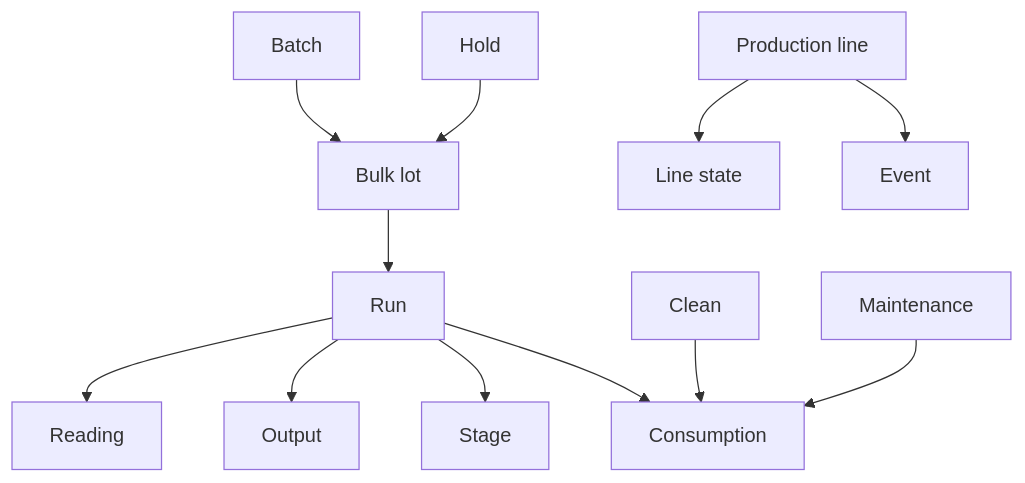
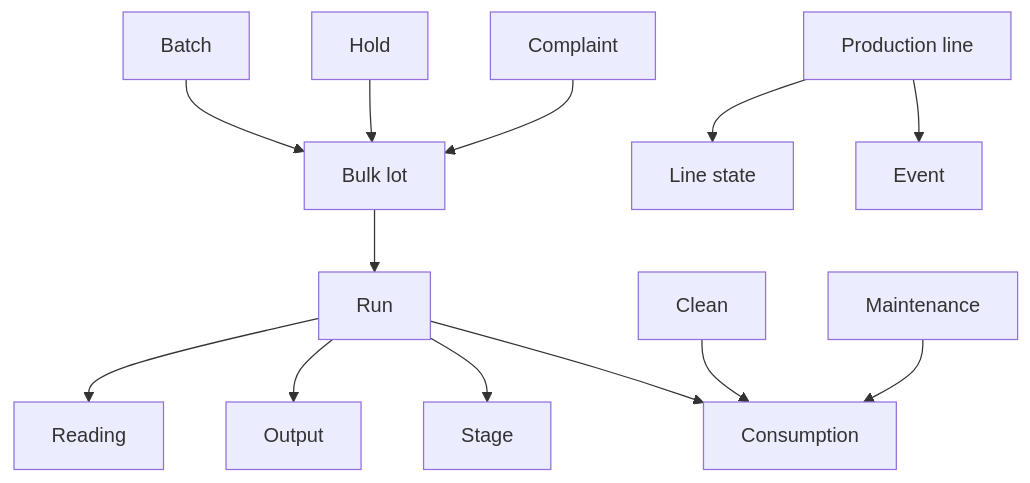
One commit to Tom-PIT/TomPIT.Pulse.Connector changed the diagram in docs/models/manufacturing/food-and-beverage/manufacturing/index.md. Above: the diagram before and after it, drawn with Mermaid. The commit also changed other lines of this file and 17 other files, not shown here.

````diff
--- a/docs/models/manufacturing/food-and-beverage/manufacturing/index.md
+++ b/docs/models/manufacturing/food-and-beverage/manufacturing/index.md
@@ -11,17 +11,19 @@
 ```mermaid
 graph TD
     A[Batch] --> B[Bulk lot]
     B --> C[Run]
 
     C --> D[Stage]
     C --> E[Output]
     C --> F[Consumption]
     C --> G[Reading]
 
     H[Production line] --> I[Line state]
     H --> J[Event]
 
     K[Clean] --> F
     L[Maintenance] --> F
+
     M[Hold] --> B
+    N[Complaint] --> B
 ```
````
